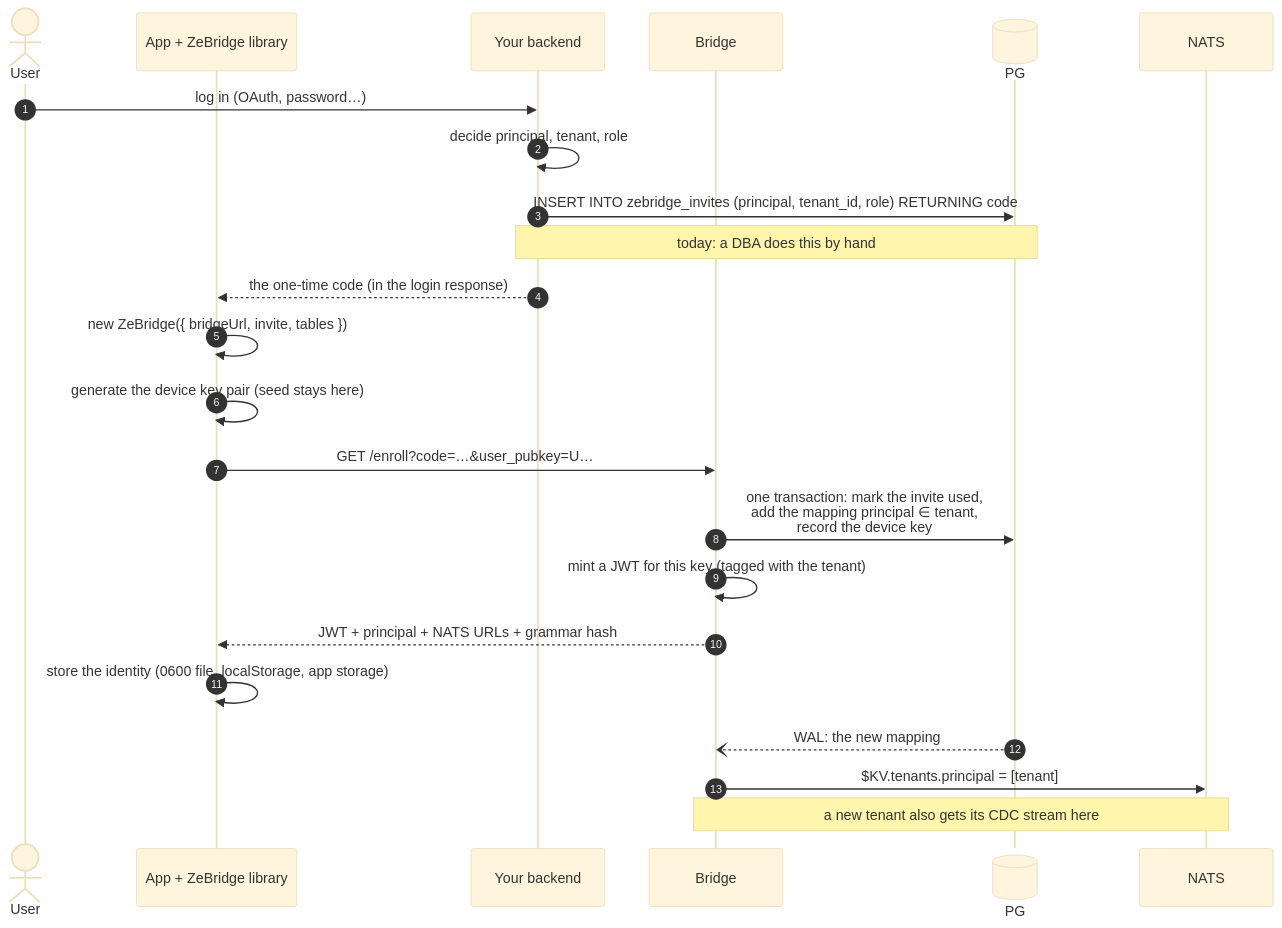
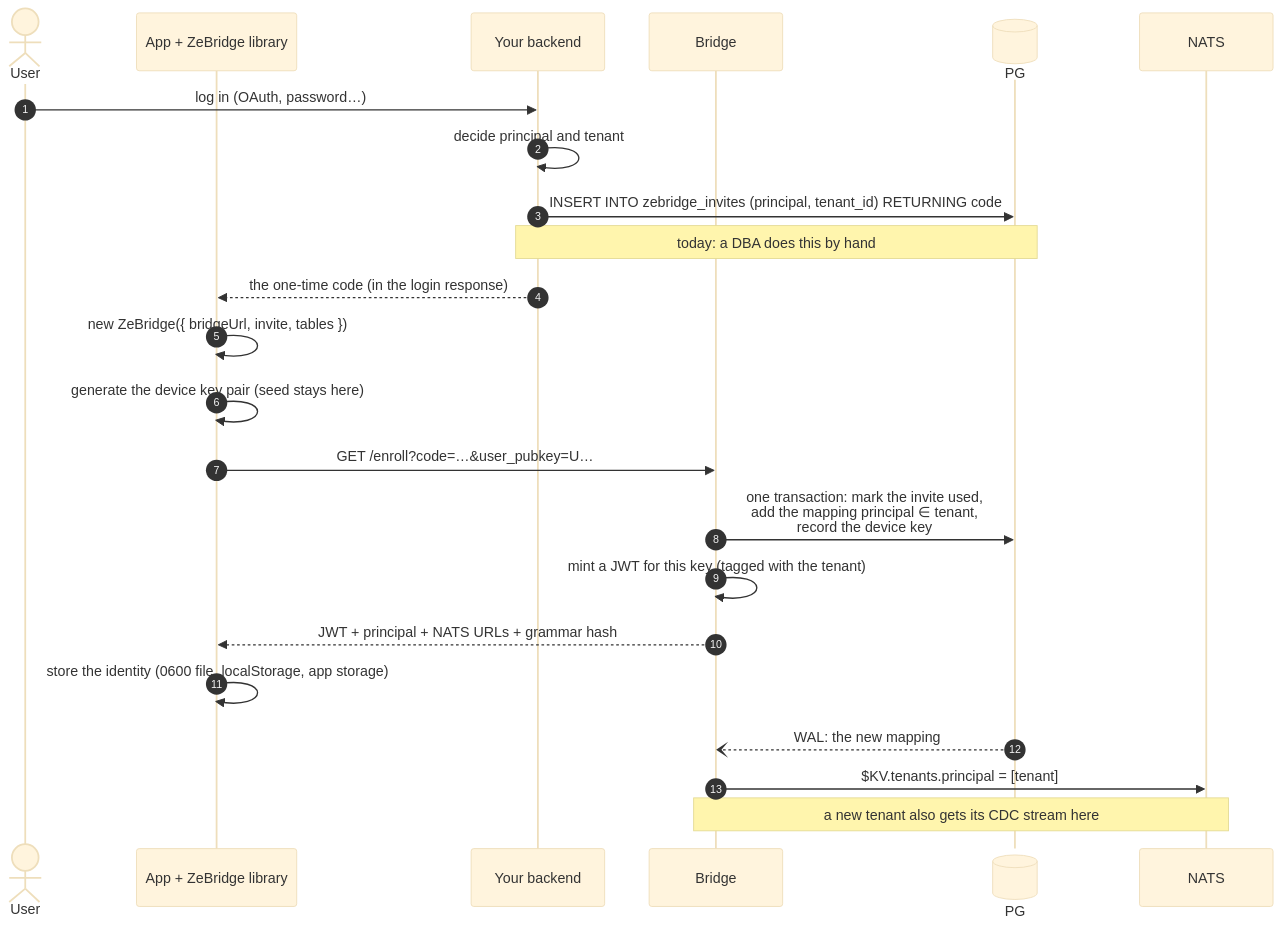
Before and after one commit to ndrean/ZeBridge: the sixth of 7 diagrams in README.md, drawn with Mermaid (base theme). The commit also changed other lines of this file, not shown here.

````diff
--- a/README.md
+++ b/README.md
@@ -1950,28 +1979,28 @@
 ```mermaid
 sequenceDiagram
     autonumber
     actor U as User
     participant A as App + ZeBridge library
     participant BE as Your backend
     participant B as Bridge
     participant PG@{ "type" : "database" }
     participant N as NATS
 
     U->>BE: log in (OAuth, password…)
-    BE->>BE: decide principal, tenant, role
-    BE->>PG: INSERT INTO zebridge_invites (principal, tenant_id, role) RETURNING code
+    BE->>BE: decide principal and tenant
+    BE->>PG: INSERT INTO zebridge_invites (principal, tenant_id) RETURNING code
     Note over BE,PG: today: a DBA does this by hand
     BE-->>A: the one-time code (in the login response)
 
     A->>A: new ZeBridge({ bridgeUrl, invite, tables })
     A->>A: generate the device key pair (seed stays here)
     A->>B: GET /enroll?code=…&user_pubkey=U…
     B->>PG: one transaction: mark the invite used,<br/>add the mapping principal ∈ tenant,<br/>record the device key
     B->>B: mint a JWT for this key (tagged with the tenant)
     B-->>A: JWT + principal + NATS URLs + grammar hash
     A->>A: store the identity (0600 file, localStorage, app storage)
 
     PG--)B: WAL: the new mapping
     B->>N: $KV.tenants.principal = [tenant]
     Note over B,N: a new tenant also gets its CDC stream here
 ```
````
